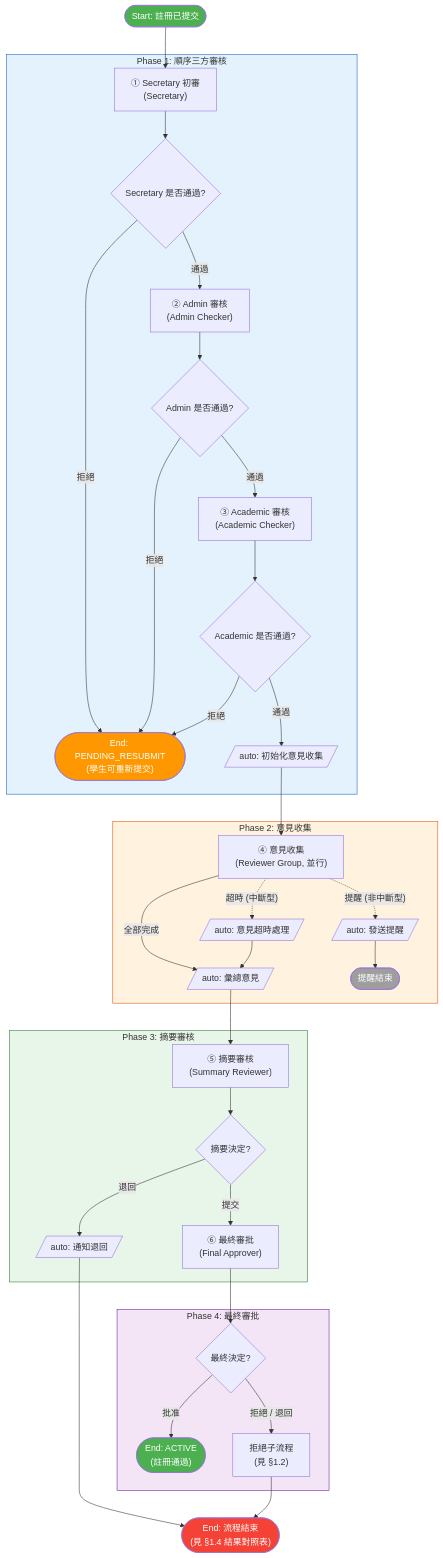
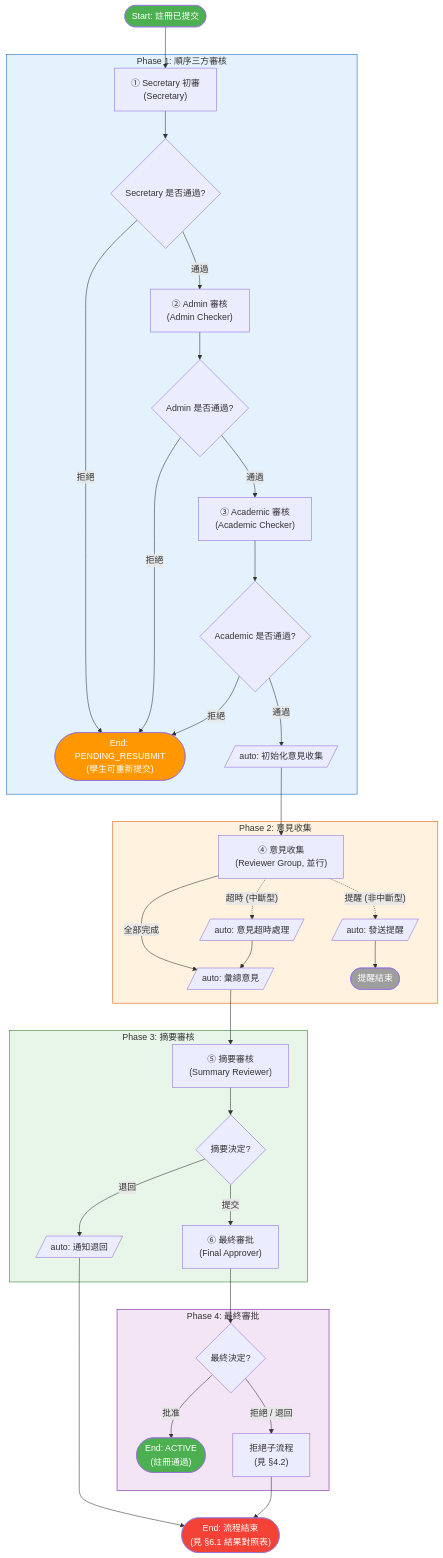
One commit to OneStar-Projects/SLAS-Docs changed the first of 6 diagrams in student-org-workflow-flowcharts.md. Above: the diagram before and after it, drawn with Mermaid. The commit also changed other lines of this file and 1 other file, not shown here.

````diff
--- a/student-org-workflow-flowcharts.md
+++ b/student-org-workflow-flowcharts.md
@@ -67,69 +127,69 @@
 ```mermaid
 flowchart TD
     Start(["Start: 註冊已提交"])
     Start --> SecretaryCheck
 
     subgraph Phase1["Phase 1: 順序三方審核"]
         SecretaryCheck["① Secretary 初審<br/>(Secretary)"]
         SecretaryCheck --> SecretaryGate{Secretary 是否通過?}
         SecretaryGate -->|"通過"| AdminCheck
         SecretaryGate -->|"拒絕"| EndResubmit
 
         AdminCheck["② Admin 審核<br/>(Admin Checker)"]
         AdminCheck --> AdminGate{Admin 是否通過?}
         AdminGate -->|"通過"| AcademicCheck
         AdminGate -->|"拒絕"| EndResubmit
 
         AcademicCheck["③ Academic 審核<br/>(Academic Checker)"]
         AcademicCheck --> AcademicGate{Academic 是否通過?}
         AcademicGate -->|"通過"| InitOpinion
         AcademicGate -->|"拒絕"| EndResubmit
 
         EndResubmit(["End: PENDING_RESUBMIT<br/>(學生可重新提交)"])
     end
 
     subgraph Phase2["Phase 2: 意見收集"]
         InitOpinion[/"auto: 初始化意見收集"/]
         InitOpinion --> CollectOpinions["④ 意見收集<br/>(Reviewer Group, 並行)"]
 
         CollectOpinions -->|"全部完成"| SummarizeOpinions
         CollectOpinions -.->|"超時 (中斷型)"| TimeoutHandler[/"auto: 意見超時處理"/]
         CollectOpinions -.->|"提醒 (非中斷型)"| SendReminder[/"auto: 發送提醒"/]
 
         TimeoutHandler --> SummarizeOpinions
         SendReminder --> ReminderEnd(["提醒結束"])
     end
 
     subgraph Phase3["Phase 3: 摘要審核"]
         SummarizeOpinions[/"auto: 彙總意見"/]
         SummarizeOpinions --> SummaryReview["⑤ 摘要審核<br/>(Summary Reviewer)"]
         SummaryReview --> SummaryGate{摘要決定?}
         SummaryGate -->|"提交"| FinalApproval
         SummaryGate -->|"退回"| NotifyReturn[/"auto: 通知退回"/]
     end
 
     subgraph Phase4["Phase 4: 最終審批"]
         FinalApproval["⑥ 最終審批<br/>(Final Approver)"]
         FinalApproval --> FinalGate{最終決定?}
         FinalGate -->|"批准"| EndApproved
         FinalGate -->|"拒絕 / 退回"| RejectionSubProcess
     end
 
     NotifyReturn --> EndRejected
 
-    RejectionSubProcess["拒絕子流程<br/>(見 §1.2)"]
+    RejectionSubProcess["拒絕子流程<br/>(見 §4.2)"]
     RejectionSubProcess --> EndRejected
 
     EndApproved(["End: ACTIVE<br/>(註冊通過)"])
-    EndRejected(["End: 流程結束<br/>(見 §1.4 結果對照表)"])
+    EndRejected(["End: 流程結束<br/>(見 §6.1 結果對照表)"])
 
     style Start fill:#4CAF50,color:#fff
     style EndApproved fill:#4CAF50,color:#fff
     style EndRejected fill:#f44336,color:#fff
     style EndResubmit fill:#FF9800,color:#fff
     style ReminderEnd fill:#9E9E9E,color:#fff
     style Phase1 fill:#E3F2FD,stroke:#1565C0
     style Phase2 fill:#FFF3E0,stroke:#E65100
     style Phase3 fill:#E8F5E9,stroke:#2E7D32
     style Phase4 fill:#F3E5F5,stroke:#6A1B9A
 ```
````
